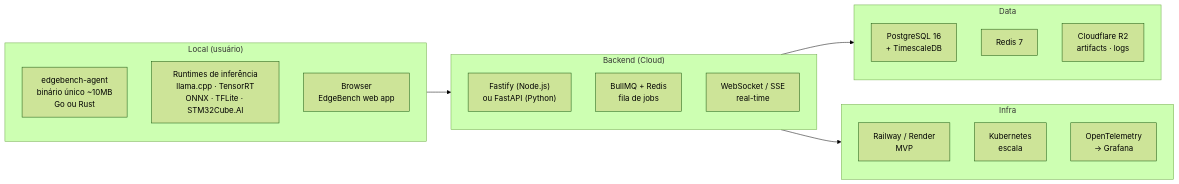
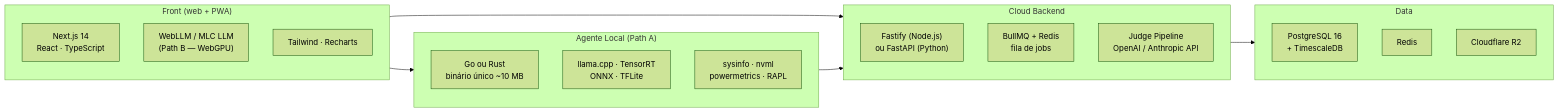
Before and after one commit to maktheus/Tcc-front-env-v3: the seventh of 7 diagrams in docs/architecture.md, drawn with Mermaid (forest theme). The commit also changed other lines of this file and 2 other files, not shown here.

First line of the commit message:
feat: dual-path architecture (Agent + WebGPU) + quality benchmarks

````diff
--- a/docs/architecture.md
+++ b/docs/architecture.md
@@ -249,30 +282,31 @@
 ```mermaid
 graph LR
-    subgraph LOCAL["Local (usuário)"]
-        L1["edgebench-agent\nbinário único ~10MB\nGo ou Rust"]
-        L2["Runtimes de inferência\nllama.cpp · TensorRT\nONNX · TFLite · STM32Cube.AI"]
-        L3["Browser\nEdgeBench web app"]
+    subgraph FRONTEND["Front (web + PWA)"]
+        F1["Next.js 14\nReact · TypeScript"]
+        F2["WebLLM / MLC LLM\n(Path B — WebGPU)"]
+        F3["Tailwind · Recharts"]
     end
 
-    subgraph BACKEND["Backend (Cloud)"]
+    subgraph AGENT["Agente Local (Path A)"]
+        A1["Go ou Rust\nbinário único ~10 MB"]
+        A2["llama.cpp · TensorRT\nONNX · TFLite"]
+        A3["sysinfo · nvml\npowermetrics · RAPL"]
+    end
+
+    subgraph BACKEND["Cloud Backend"]
         B1["Fastify (Node.js)\nou FastAPI (Python)"]
         B2["BullMQ + Redis\nfila de jobs"]
-        B3["WebSocket / SSE\nreal-time"]
+        B3["Judge Pipeline\nOpenAI / Anthropic API"]
     end
 
     subgraph DATA["Data"]
         D1["PostgreSQL 16\n+ TimescaleDB"]
-        D2["Redis 7"]
-        D3["Cloudflare R2\nartifacts · logs"]
+        D2["Redis"]
+        D3["Cloudflare R2"]
     end
 
-    subgraph INFRA["Infra"]
-        I1["Railway / Render\nMVP"]
-        I2["Kubernetes\nescala"]
-        I3["OpenTelemetry\n→ Grafana"]
-    end
-
-    LOCAL --> BACKEND
+    FRONTEND --> AGENT
+    FRONTEND --> BACKEND
+    AGENT --> BACKEND
     BACKEND --> DATA
-    BACKEND --> INFRA
 ```
````
